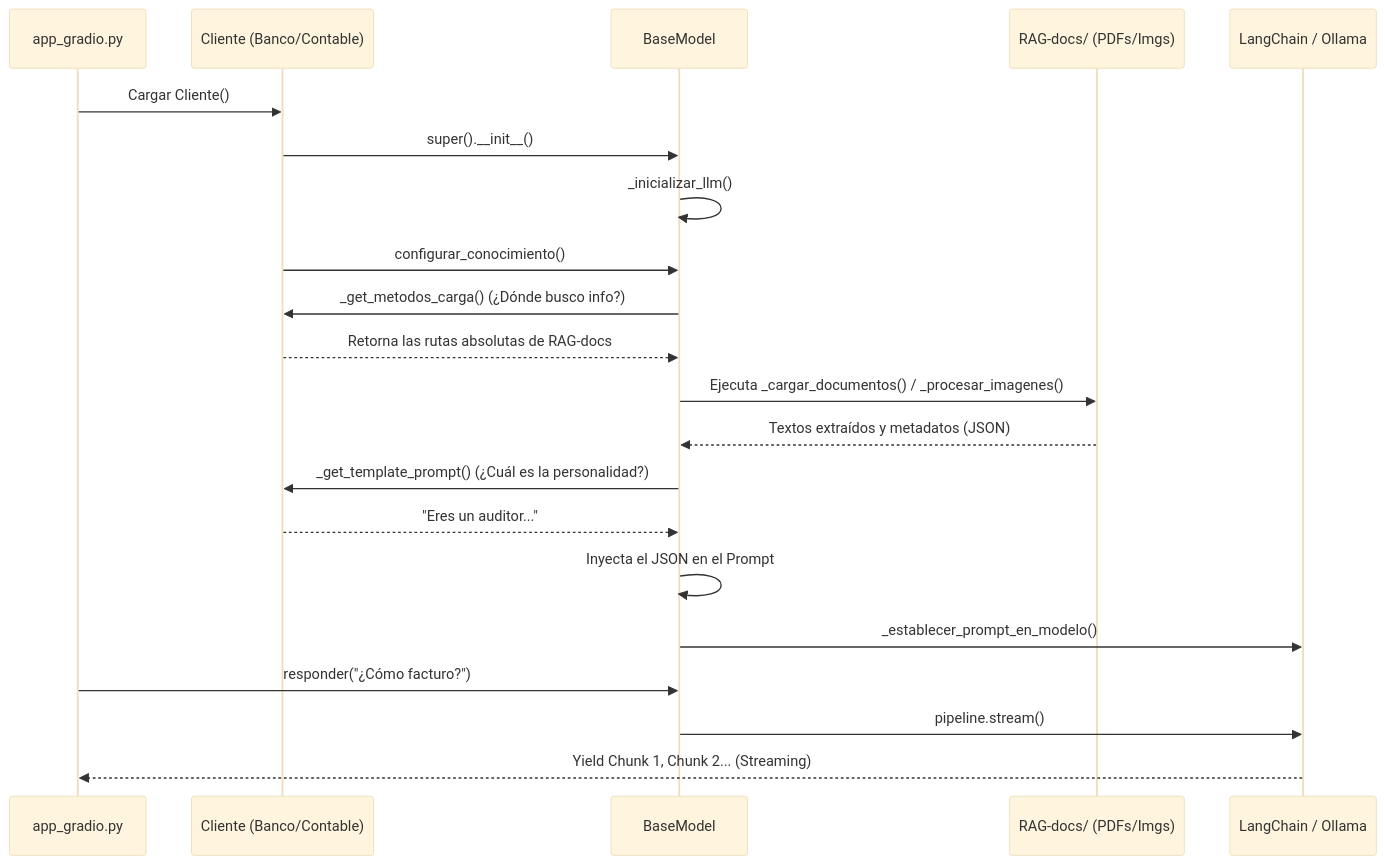
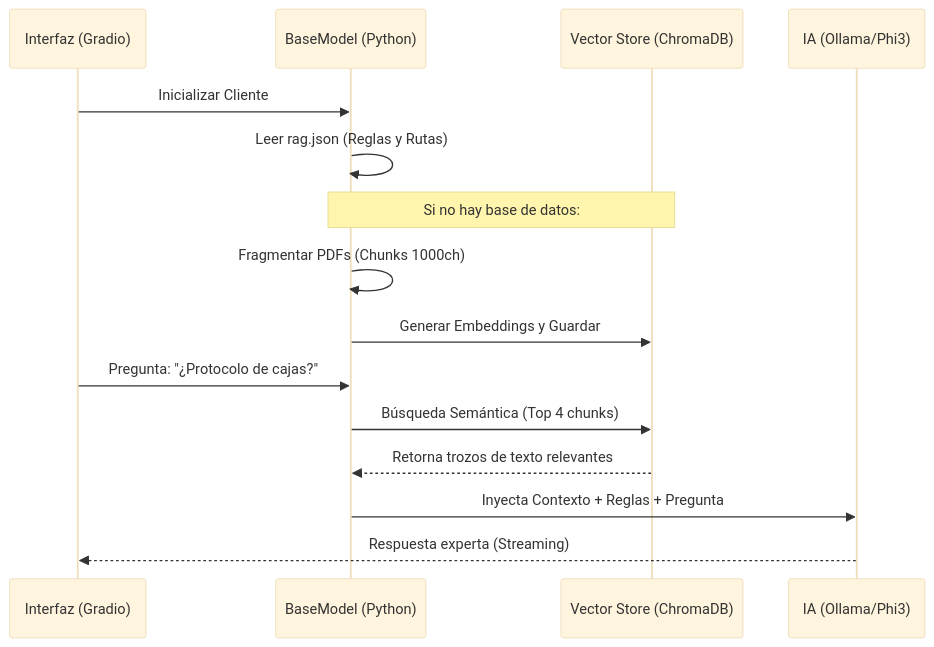
Before and after one commit to JuanBotindari/TFM: the diagram in LLM/README.md, drawn with Mermaid (base theme). The commit also changed other lines of this file and 14 other files, not shown here.

Commit message:
feat: implement modular RAG architecture with BaseLLM class and client-specific configurations

````diff
--- a/LLM/README.md
+++ b/LLM/README.md
@@ -73,29 +38,21 @@
 ```mermaid
 sequenceDiagram
-    participant Interfaz as app_gradio.py
-    participant Hija as Cliente (Banco/Contable)
-    participant Madre as BaseModel
-    participant Disco as RAG-docs/ (PDFs/Imgs)
-    participant LangChain as LangChain / Ollama
+    participant App as Interfaz (Gradio)
+    participant Motor as BaseModel (Python)
+    participant VDB as Vector Store (ChromaDB)
+    participant LLM as IA (Ollama/Phi3)
 
-    Interfaz->>Hija: Cargar Cliente()
-    Hija->>Madre: super().__init__()
-    Madre->>Madre: _inicializar_llm()
-    Hija->>Madre: configurar_conocimiento()
+    App->>Motor: Inicializar Cliente
+    Motor->>Motor: Leer rag.json (Reglas y Rutas)
     
-    Madre->>Hija: _get_metodos_carga() (¿Dónde busco info?)
-    Hija-->>Madre: Retorna las rutas absolutas de RAG-docs
+    Note over Motor, VDB: Si no hay base de datos:
+    Motor->>Motor: Fragmentar PDFs (Chunks 1000ch)
+    Motor->>VDB: Generar Embeddings y Guardar
     
-    Madre->>Disco: Ejecuta _cargar_documentos() / _procesar_imagenes()
-    Disco-->>Madre: Textos extraídos y metadatos (JSON)
+    App->>Motor: Pregunta: "¿Protocolo de cajas?"
+    Motor->>VDB: Búsqueda Semántica (Top 4 chunks)
+    VDB-->>Motor: Retorna trozos de texto relevantes
     
-    Madre->>Hija: _get_template_prompt() (¿Cuál es la personalidad?)
-    Hija-->>Madre: "Eres un auditor..."
-    
-    Madre->>Madre: Inyecta el JSON en el Prompt
-    Madre->>LangChain: _establecer_prompt_en_modelo()
-    
-    Interfaz->>Madre: responder("¿Cómo facturo?")
-    Madre->>LangChain: pipeline.stream()
-    LangChain-->>Interfaz: Yield Chunk 1, Chunk 2... (Streaming)
+    Motor->>LLM: Inyecta Contexto + Reglas + Pregunta
+    LLM-->>App: Respuesta experta (Streaming)
 ```
````
